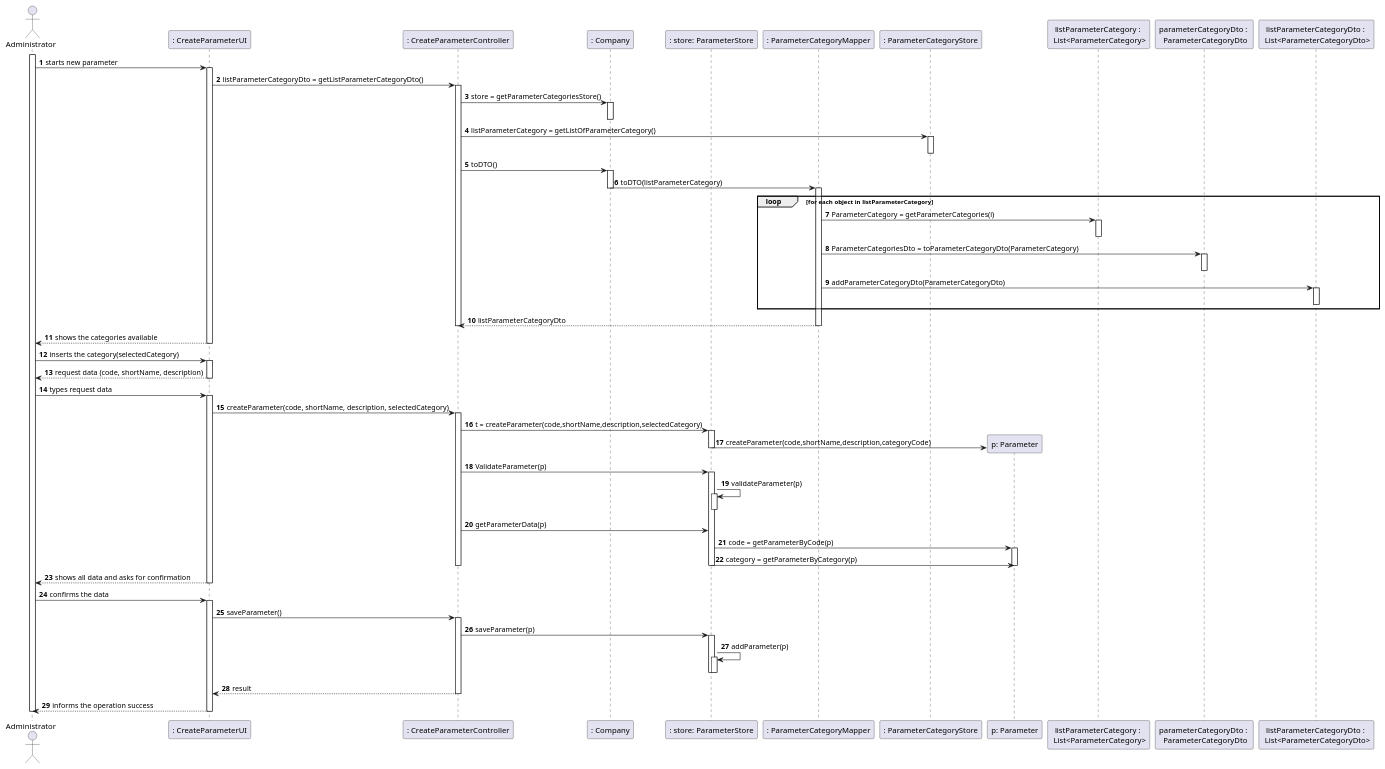
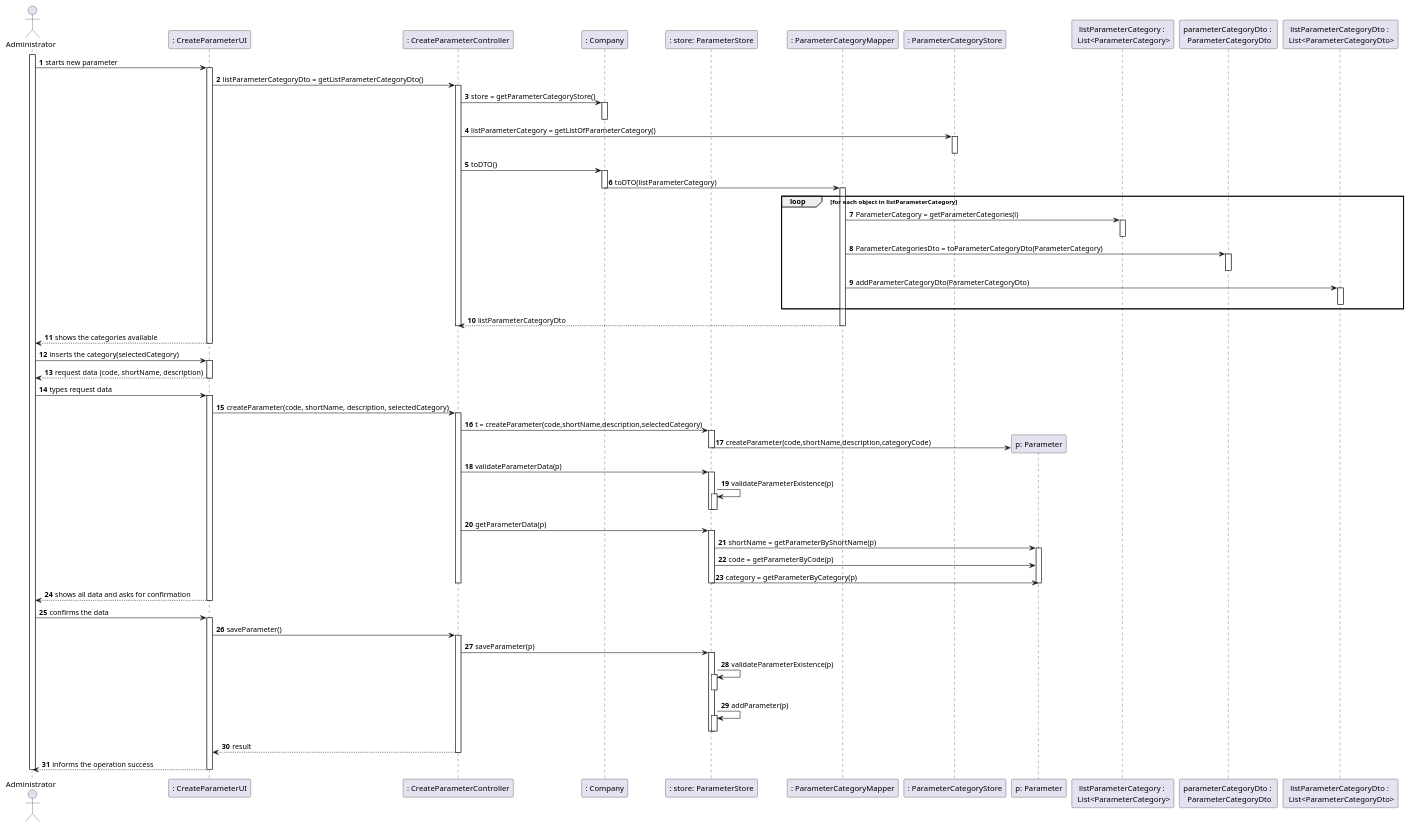
The diagram in docs/SprintB/US10/US10_SD.puml (manu-07-ela/LAPR2_ISEP), drawn with PlantUML before and after one commit. The commit also changed 1 other file, not shown here.

```diff
--- a/docs/SprintB/US10/US10_SD.puml
+++ b/docs/SprintB/US10/US10_SD.puml
@@ -1,118 +1,111 @@
 @startuml
 'https://plantuml.com/sequence-diagram
 
 autonumber
 
 actor "Administrator" as ADM
 
 participant ": CreateParameterUI" as UI
 participant ": CreateParameterController" as CTRL
 participant ": Company" as COMP
 participant ": store: ParameterStore" as STORE
 participant ": ParameterCategoryMapper" as MAPPER
 participant ": ParameterCategoryStore" as PCSTORE
 participant "p: Parameter" as PRMT
 participant "listParameterCategory : \n List<ParameterCategory>" as LISTPC
 participant "parameterCategoryDto : \n ParameterCategoryDto" as PCDTO
 participant "listParameterCategoryDto : \n List<ParameterCategoryDto>" as LISTPCDTO
 
 
 
 activate ADM
 ADM -> UI: starts new parameter
 activate UI
 UI -> CTRL : listParameterCategoryDto = getListParameterCategoryDto()
 activate CTRL
-CTRL -> COMP : store = getParameterCategoriesStore()
+CTRL -> COMP : store = getParameterCategoryStore()
 activate COMP
 deactivate COMP
 CTRL -> PCSTORE : listParameterCategory = getListOfParameterCategory()
 activate PCSTORE
 deactivate PCSTORE
 CTRL -> COMP : toDTO()
 activate COMP
 COMP -> MAPPER : toDTO(listParameterCategory)
 deactivate COMP
 activate MAPPER
-
 loop for each object in listParameterCategory
 MAPPER -> LISTPC : ParameterCategory = getParameterCategories(i)
 activate LISTPC
 deactivate LISTPC
 MAPPER-> PCDTO : ParameterCategoriesDto = toParameterCategoryDto(ParameterCategory)
 activate PCDTO
 deactivate PCDTO
 MAPPER-> LISTPCDTO : addParameterCategoryDto(ParameterCategoryDto)
 activate LISTPCDTO
 deactivate LISTPCDTO
 end
 MAPPER --> CTRL : listParameterCategoryDto
 deactivate MAPPER
 deactivate CTRL
-
-
-
 UI --> ADM : shows the categories available
 deactivate UI
-
-
-
 
 
 
 ADM -> UI: inserts the category(selectedCategory)
 activate UI
 UI--> ADM : request data (code, shortName, description)
 deactivate UI
+
+
 ADM -> UI : types request data
-
 activate UI
 UI -> CTRL : createParameter(code, shortName, description, selectedCategory)
 activate CTRL
-
 CTRL -> STORE : t = createParameter(code,shortName,description,selectedCategory)
 activate STORE
 STORE -> PRMT** : createParameter(code,shortName,description,categoryCode)
 deactivate STORE
-CTRL -> STORE : ValidateParameter(p)
+CTRL -> STORE : validateParameterData(p)
 activate STORE
-STORE -> STORE : validateParameter(p)
+STORE -> STORE : validateParameterExistence(p)
 activate STORE
+deactivate STORE
 deactivate STORE
 
 CTRL -> STORE : getParameterData(p)
+activate STORE
+STORE -> PRMT : shortName = getParameterByShortName(p)
+activate PRMT
 STORE -> PRMT : code = getParameterByCode(p)
-activate PRMT
 STORE -> PRMT : category = getParameterByCategory(p)
 deactivate PRMT
-
 deactivate CTRL
 deactivate STORE
 UI --> ADM : shows all data and asks for confirmation
 deactivate UI
-
-
-
-
-
 
 
 
 ADM -> UI: confirms the data
 activate UI
 UI -> CTRL : saveParameter()
 activate CTRL
 CTRL -> STORE : saveParameter(p)
 activate STORE
+STORE -> STORE : validateParameterExistence(p)
+activate STORE
+deactivate STORE
 STORE ->STORE : addParameter(p)
 activate STORE
 deactivate STORE
 deactivate STORE
 deactivate STORE
 CTRL --> UI : result
 deactivate CTRL
 UI --> ADM : informs the operation success
 deactivate UI
 deactivate ADM
 
 @enduml
```
